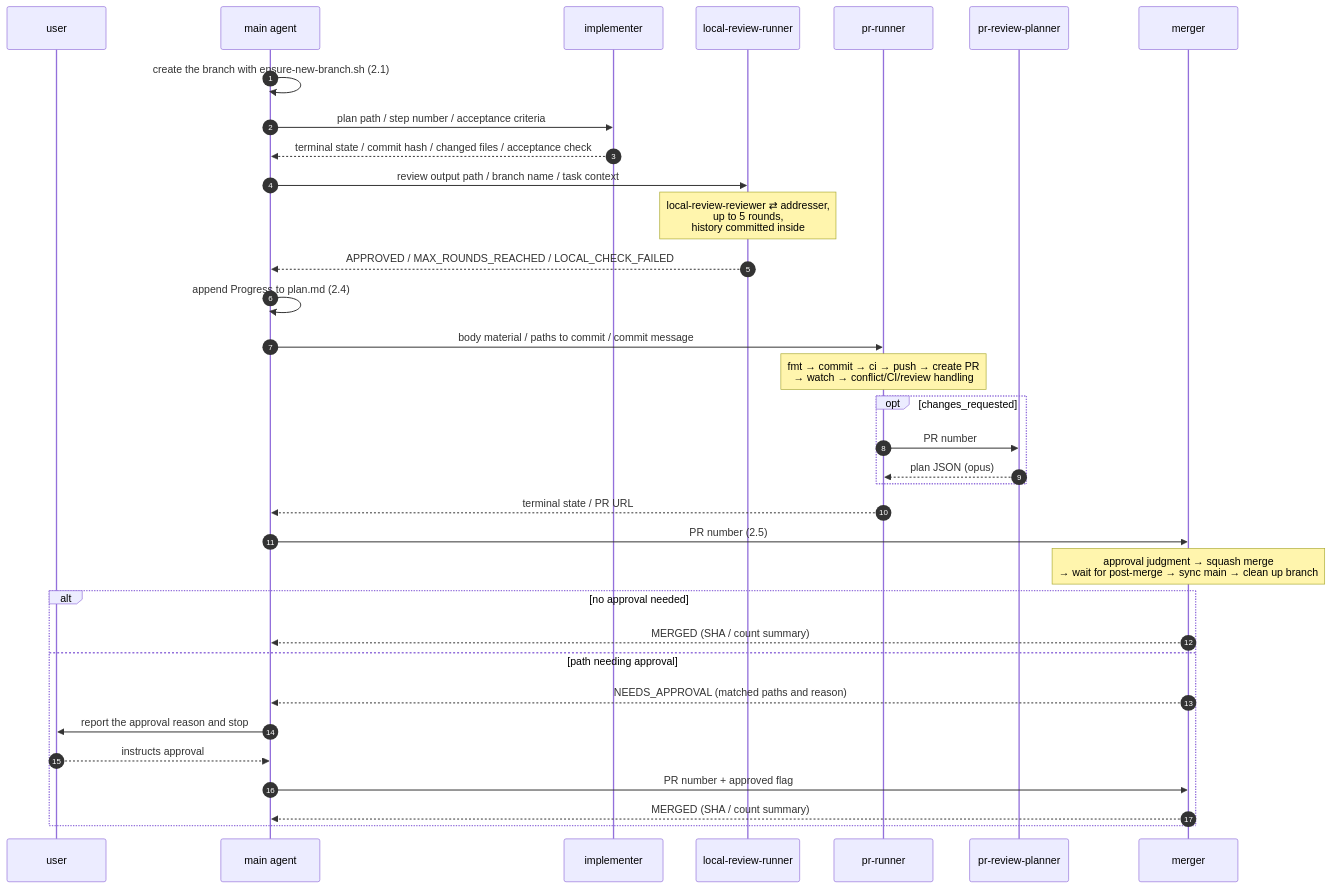
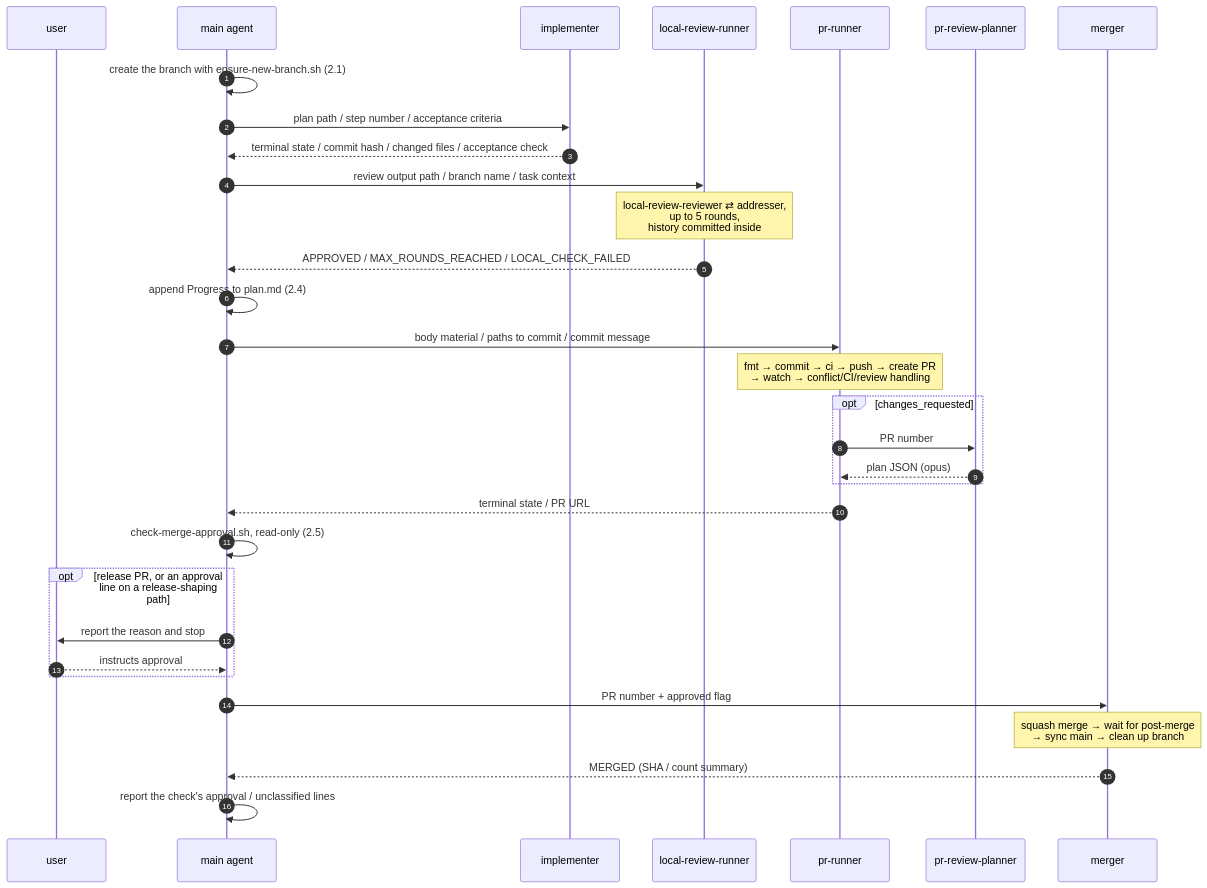
One commit to minodisk/handpic changed the second of 3 diagrams in .claude/skills/develop/README.md. Above: the diagram before and after it, drawn with Mermaid. The commit also changed other lines of this file and 10 other files, not shown here.

````diff
--- a/.claude/skills/develop/README.md
+++ b/.claude/skills/develop/README.md
@@ -469,37 +472,35 @@
 ```mermaid
 sequenceDiagram
     autonumber
     participant U as user
     participant M as main agent
     participant I as implementer
     participant L as local-review-runner
     participant P as pr-runner
     participant R as pr-review-planner
     participant G as merger
 
     M->>M: create the branch with ensure-new-branch.sh (2.1)
     M->>I: plan path / step number / acceptance criteria
     I-->>M: terminal state / commit hash / changed files / acceptance check
     M->>L: review output path / branch name / task context
     Note over L: local-review-reviewer ⇄ addresser,<br/>up to 5 rounds,<br/>history committed inside
     L-->>M: APPROVED / MAX_ROUNDS_REACHED / LOCAL_CHECK_FAILED
     M->>M: append Progress to plan.md (2.4)
     M->>P: body material / paths to commit / commit message
     Note over P: fmt → commit → ci → push → create PR<br/>→ watch → conflict/CI/review handling
     opt changes_requested
         P->>R: PR number
         R-->>P: plan JSON (opus)
     end
     P-->>M: terminal state / PR URL
-    M->>G: PR number (2.5)
-    Note over G: approval judgment → squash merge<br/>→ wait for post-merge → sync main → clean up branch
-    alt no approval needed
-        G-->>M: MERGED (SHA / count summary)
-    else path needing approval
-        G-->>M: NEEDS_APPROVAL (matched paths and reason)
-        M->>U: report the approval reason and stop
+    M->>M: check-merge-approval.sh, read-only (2.5)
+    opt release PR, or an approval line on a release-shaping path
+        M->>U: report the reason and stop
         U-->>M: instructs approval
-        M->>G: PR number + approved flag
-        G-->>M: MERGED (SHA / count summary)
     end
+    M->>G: PR number + approved flag
+    Note over G: squash merge → wait for post-merge<br/>→ sync main → clean up branch
+    G-->>M: MERGED (SHA / count summary)
+    M->>M: report the check's approval / unclassified lines
 ```
````
